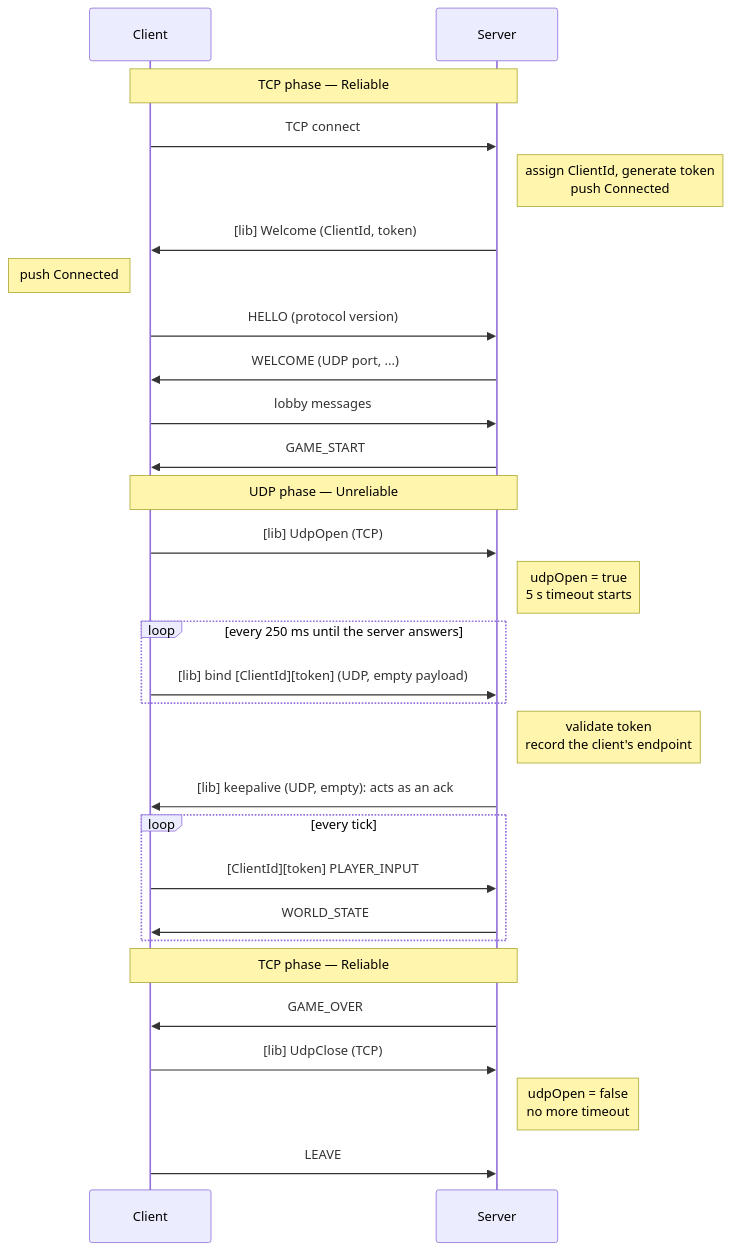
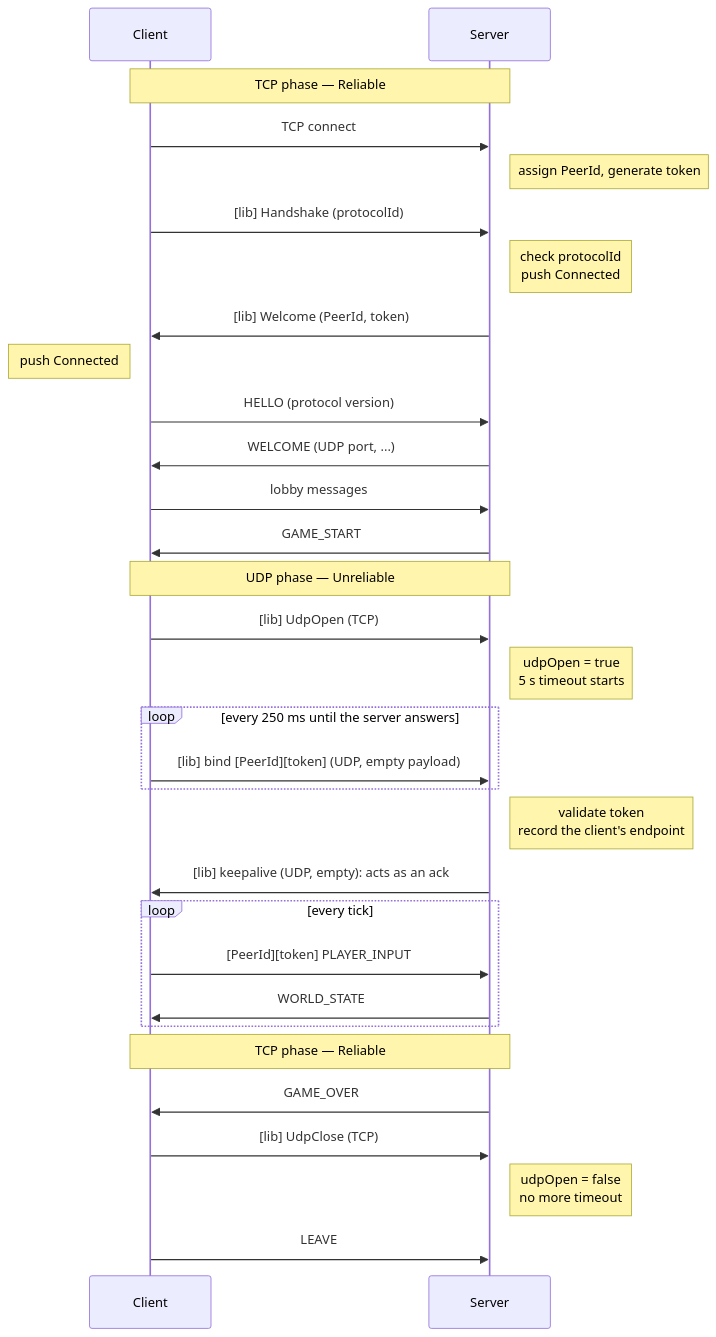
One commit to Matt4401/Mirror-Rtype changed the diagram in docs/protocol/transport.md. Above: the diagram before and after it, drawn with Mermaid. The commit also changed other lines of this file and 18 other files, not shown here.

````diff
--- a/docs/protocol/transport.md
+++ b/docs/protocol/transport.md
@@ -55,31 +56,33 @@
 ```mermaid
 sequenceDiagram
     participant C as Client
     participant S as Server
     Note over C, S: TCP phase — Reliable
     C ->> S: TCP connect
-    Note right of S: assign ClientId, generate token<br/>push Connected
-    S ->> C: [lib] Welcome (ClientId, token)
+    Note right of S: assign PeerId, generate token
+    C ->> S: [lib] Handshake (protocolId)
+    Note right of S: check protocolId<br/>push Connected
+    S ->> C: [lib] Welcome (PeerId, token)
     Note left of C: push Connected
     C ->> S: HELLO (protocol version)
     S ->> C: WELCOME (UDP port, ...)
     C ->> S: lobby messages
     S ->> C: GAME_START
     Note over C, S: UDP phase — Unreliable
     C ->> S: [lib] UdpOpen (TCP)
     Note right of S: udpOpen = true<br/>5 s timeout starts
     loop every 250 ms until the server answers
-        C ->> S: [lib] bind [ClientId][token] (UDP, empty payload)
+        C ->> S: [lib] bind [PeerId][token] (UDP, empty payload)
     end
     Note right of S: validate token<br/>record the client's endpoint
     S ->> C: [lib] keepalive (UDP, empty): acts as an ack
     loop every tick
-        C ->> S: [ClientId][token] PLAYER_INPUT
+        C ->> S: [PeerId][token] PLAYER_INPUT
         S ->> C: WORLD_STATE
     end
     Note over C, S: TCP phase — Reliable
     S ->> C: GAME_OVER
     C ->> S: [lib] UdpClose (TCP)
     Note right of S: udpOpen = false<br/>no more timeout
     C ->> S: LEAVE
 ```
````
